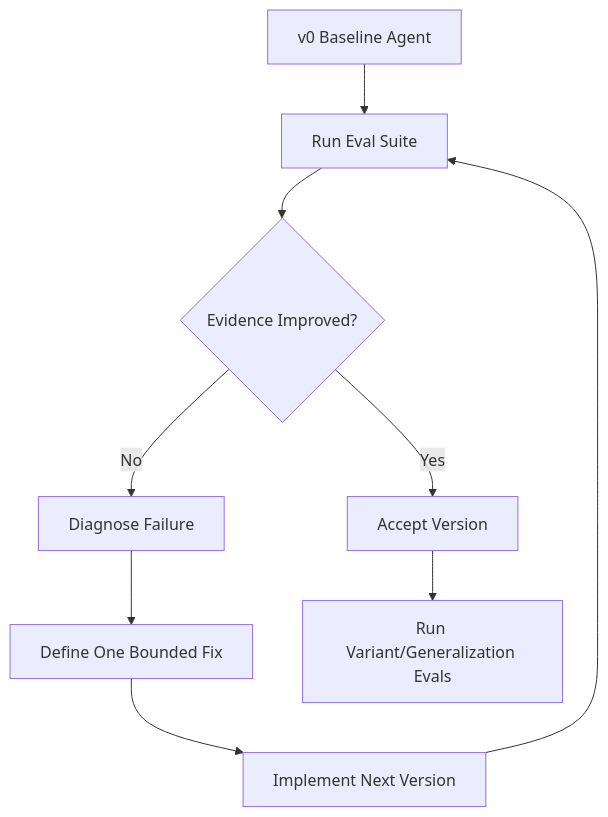
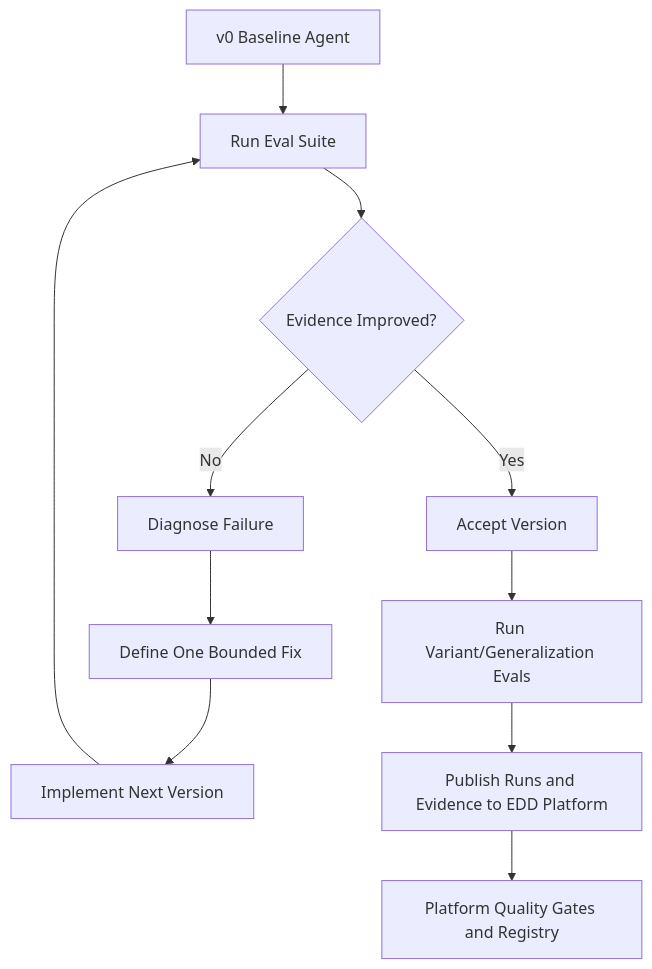
The first of 2 diagrams in README.md (bfalkowski/edd-agent-lab), drawn with Mermaid before and after one commit. The commit also changed other lines of this file and 2 other files, not shown here.

First line of the commit message:
Add stable EDD integration seam and final-state architecture diagram

````diff
--- a/README.md
+++ b/README.md
@@ -20,11 +20,13 @@
 ```mermaid
 flowchart TD
     A[v0 Baseline Agent] --> B[Run Eval Suite]
     B --> C{Evidence Improved?}
     C -- No --> D[Diagnose Failure]
     D --> E[Define One Bounded Fix]
     E --> F[Implement Next Version]
     F --> B
     C -- Yes --> G[Accept Version]
     G --> H[Run Variant/Generalization Evals]
+    H --> I[Publish Runs and Evidence to EDD Platform]
+    I --> J[Platform Quality Gates and Registry]
 ```
````
